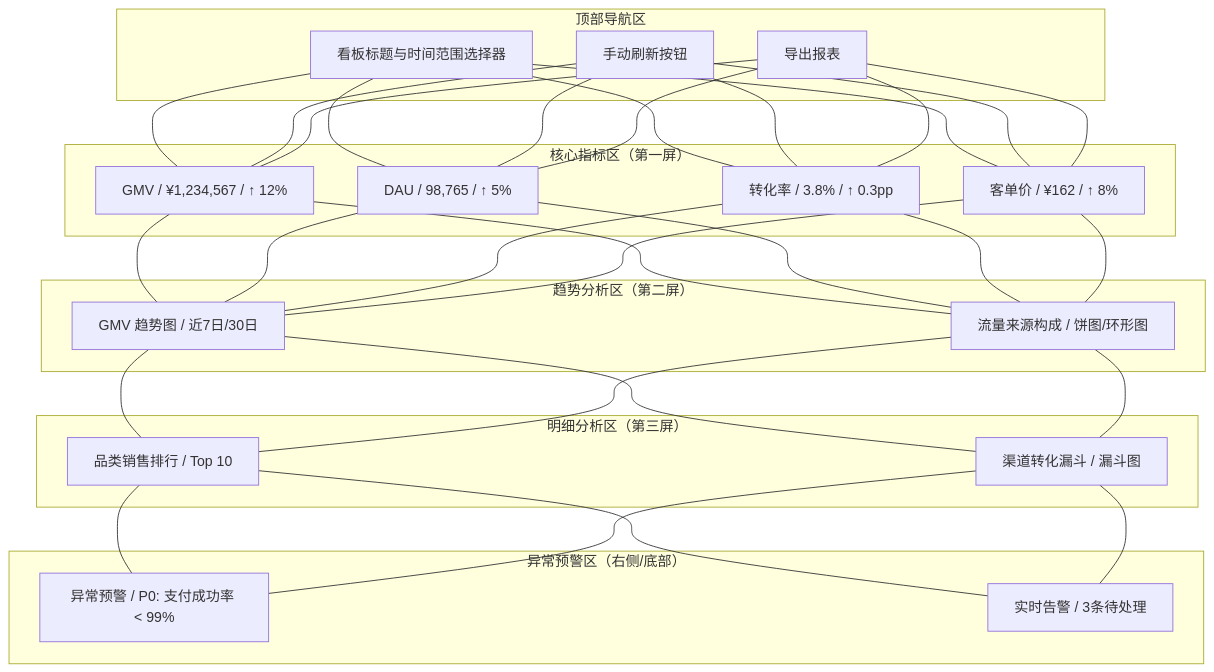
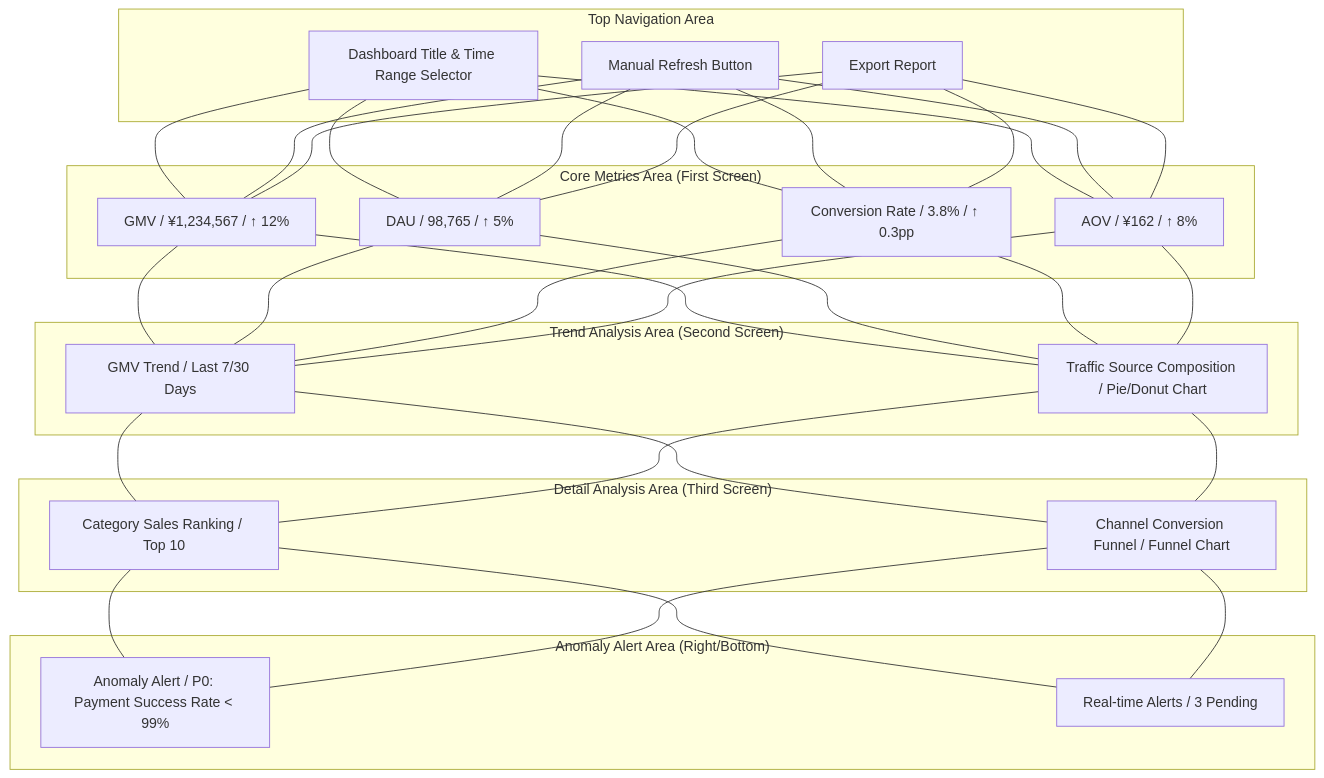
One commit to Kirky-X/cangjie changed the fourth of 9 diagrams in templates/产品/运营层/【模板】数据看板.md. Above: the diagram before and after it, drawn with Mermaid. The commit also changed other lines of this file and 46 other files, not shown here.

````diff
--- a/templates/产品/运营层/【模板】数据看板.md
+++ b/templates/产品/运营层/【模板】数据看板.md
@@ -168,37 +168,37 @@
 ```mermaid
 
 
 graph TB
-    subgraph "顶部导航区"
-        T1["看板标题与时间范围选择器"]
-        T2["手动刷新按钮"]
-        T3["导出报表"]
+    subgraph "Top Navigation Area"
+        T1["Dashboard Title & Time Range Selector"]
+        T2["Manual Refresh Button"]
+        T3["Export Report"]
     end
 
-    subgraph "核心指标区（第一屏）"
+    subgraph "Core Metrics Area (First Screen)"
         K1[GMV / ¥1,234,567 / ↑ 12%]
         K2[DAU / 98,765 / ↑ 5%]
-        K3["转化率 / 3.8% / ↑ 0.3pp"]
-        K4["客单价 / ¥162 / ↑ 8%"]
+        K3["Conversion Rate / 3.8% / ↑ 0.3pp"]
+        K4["AOV / ¥162 / ↑ 8%"]
     end
 
-    subgraph "趋势分析区（第二屏）"
-        TR1["GMV 趋势图 / 近7日/30日"]
-        TR2["流量来源构成 / 饼图/环形图"]
+    subgraph "Trend Analysis Area (Second Screen)"
+        TR1["GMV Trend / Last 7/30 Days"]
+        TR2["Traffic Source Composition / Pie/Donut Chart"]
     end
 
-    subgraph "明细分析区（第三屏）"
-        D1["品类销售排行 / Top 10"]
-        D2["渠道转化漏斗 / 漏斗图"]
+    subgraph "Detail Analysis Area (Third Screen)"
+        D1["Category Sales Ranking / Top 10"]
+        D2["Channel Conversion Funnel / Funnel Chart"]
     end
 
-    subgraph "异常预警区（右侧/底部）"
-        A1["异常预警 / P0: 支付成功率 < 99%"]
-        A2["实时告警 / 3条待处理"]
+    subgraph "Anomaly Alert Area (Right/Bottom)"
+        A1["Anomaly Alert / P0: Payment Success Rate < 99%"]
+        A2["Real-time Alerts / 3 Pending"]
     end
 
     T1 & T2 & T3 --- K1 & K2 & K3 & K4
     K1 & K2 & K3 & K4 --- TR1 & TR2
     TR1 & TR2 --- D1 & D2
     D1 & D2 --- A1 & A2
 ```
````
